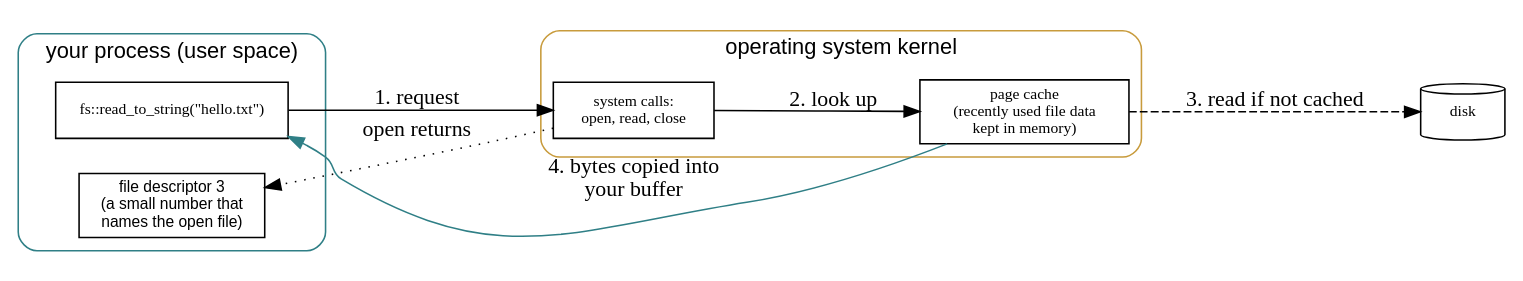
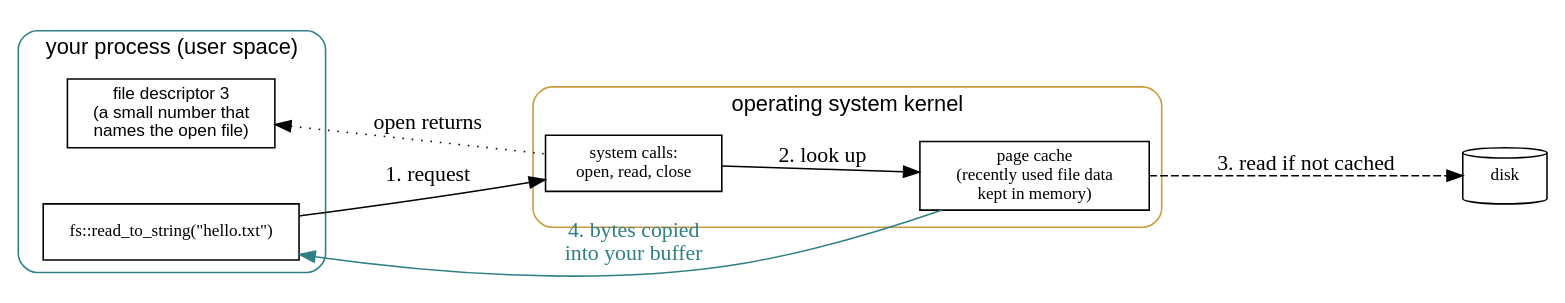
Before and after one commit to arpanpathak/cracking-the-systems-programming-interview: the diagram in cracking-the-systems-programming-interview/diagrams/ch02-syscall.dot, drawn with Graphviz. The commit also changed 30 other files, not shown here.

```diff
--- a/cracking-the-systems-programming-interview/diagrams/ch02-syscall.dot
+++ b/cracking-the-systems-programming-interview/diagrams/ch02-syscall.dot
@@ -1,14 +1,16 @@
 digraph sys {
-  rankdir=LR; nodesep=0.3; ranksep=0.5;
-  node [fontsize=10 shape=box];
+  rankdir=LR; nodesep=0.5; ranksep=0.7;
+  node [fontsize=11 shape=box];
   subgraph cluster_user { label="your process (user space)"; style="rounded"; color="#2f7f86"; fontname="Helvetica";
     code [label="fs::read_to_string(\"hello.txt\")" fontname="Menlo" fillcolor="#e3f1ea"];
     fdt [label="file descriptor 3\n(a small number that\nnames the open file)" fontname="Helvetica"]; }
   subgraph cluster_kernel { label="operating system kernel"; style="rounded"; color="#c89b3c"; fontname="Helvetica";
     sc [label="system calls:\nopen, read, close" fillcolor="#fdf6e8"];
     pc [label="page cache\n(recently used file data\nkept in memory)"]; }
   disk [label="disk" shape=cylinder fillcolor="#eef3f7"];
-  code -> sc [label=" 1. request"]; sc -> pc [label=" 2. look up"]; pc -> disk [label=" 3. read if not cached" style=dashed];
-  sc -> fdt [label=" open returns" constraint=false style=dotted];
-  pc -> code [label=" 4. bytes copied into\n your buffer" color="#2f7f86" constraint=false];
+  code -> sc [label=" 1. request"];
+  sc -> pc [label=" 2. look up"];
+  pc -> disk [label=" 3. read if not cached" style=dashed];
+  fdt -> sc [dir=back style=dotted label=" open returns"];
+  code -> pc [dir=back color="#2f7f86" fontcolor="#2f7f86" label=" 4. bytes copied\n into your buffer"];
 }
```
